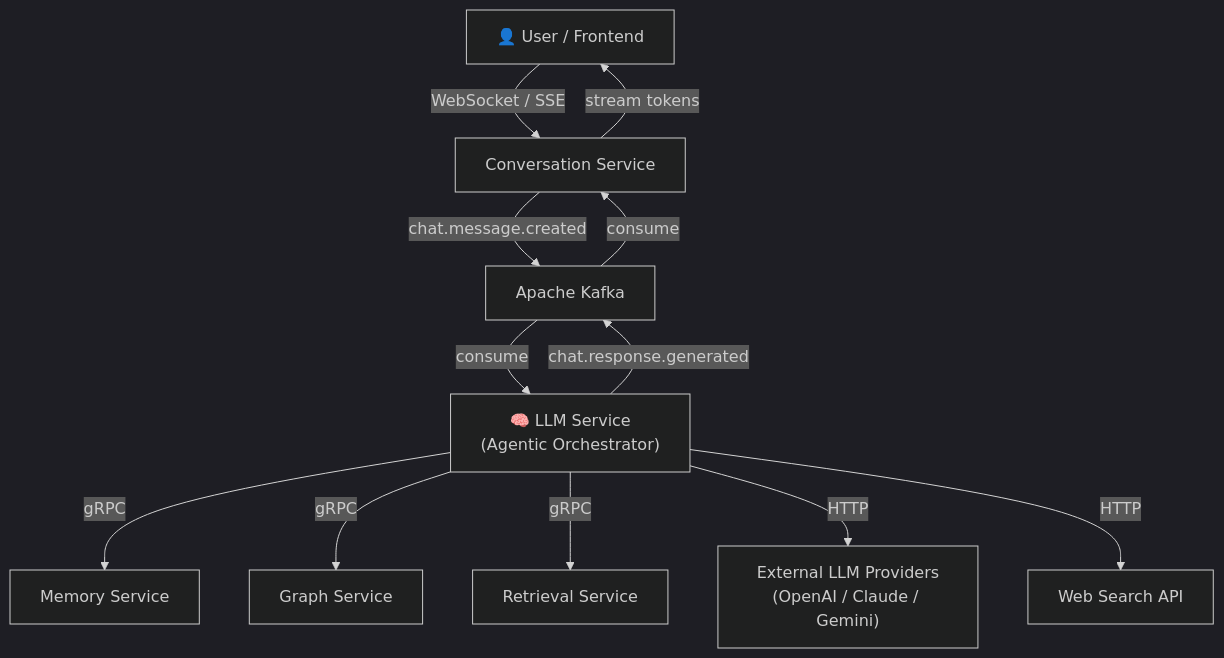
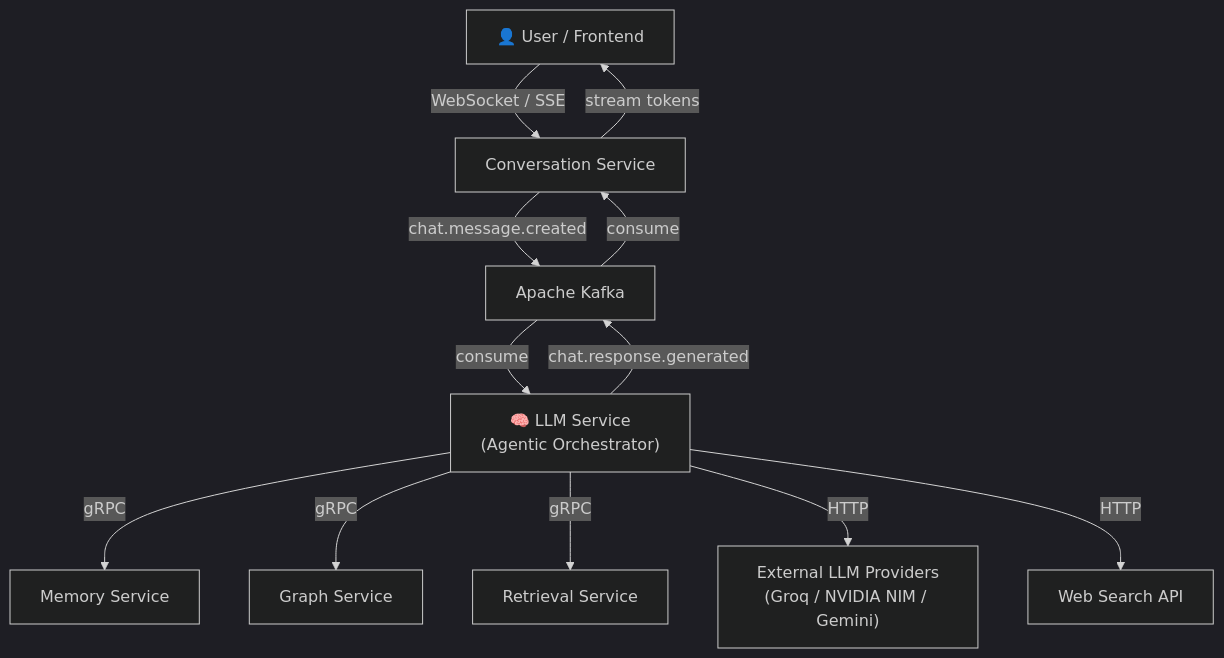
One commit to GranthanAI/llm-service changed the first of 17 diagrams in docs/hld.md. Above: the diagram before and after it, drawn with Mermaid (dark theme). The commit also changed other lines of this file and 1 other file, not shown here.

Commit message:
docs: fix mermaid diagrams and update folder structure to app/ layout

````diff
--- a/docs/hld.md
+++ b/docs/hld.md
@@ -75,24 +75,24 @@
 ```mermaid
 graph TD
     User["👤 User / Frontend"]
     ConvSvc["Conversation Service"]
     Kafka["Apache Kafka"]
     LLMSvc["🧠 LLM Service\n(Agentic Orchestrator)"]
     MemSvc["Memory Service"]
     GraphSvc["Graph Service"]
     RetSvc["Retrieval Service"]
-    ExtLLM["External LLM Providers\n(OpenAI / Claude / Gemini)"]
+    ExtLLM["External LLM Providers\n(Groq / NVIDIA NIM / Gemini)"]
     WebSearch["Web Search API"]
 
     User -->|"WebSocket / SSE"| ConvSvc
     ConvSvc -->|"chat.message.created"| Kafka
     Kafka -->|"consume"| LLMSvc
     LLMSvc -->|"gRPC"| MemSvc
     LLMSvc -->|"gRPC"| GraphSvc
     LLMSvc -->|"gRPC"| RetSvc
     LLMSvc -->|"HTTP"| ExtLLM
     LLMSvc -->|"HTTP"| WebSearch
     LLMSvc -->|"chat.response.generated"| Kafka
     Kafka -->|"consume"| ConvSvc
     ConvSvc -->|"stream tokens"| User
 ```
````
